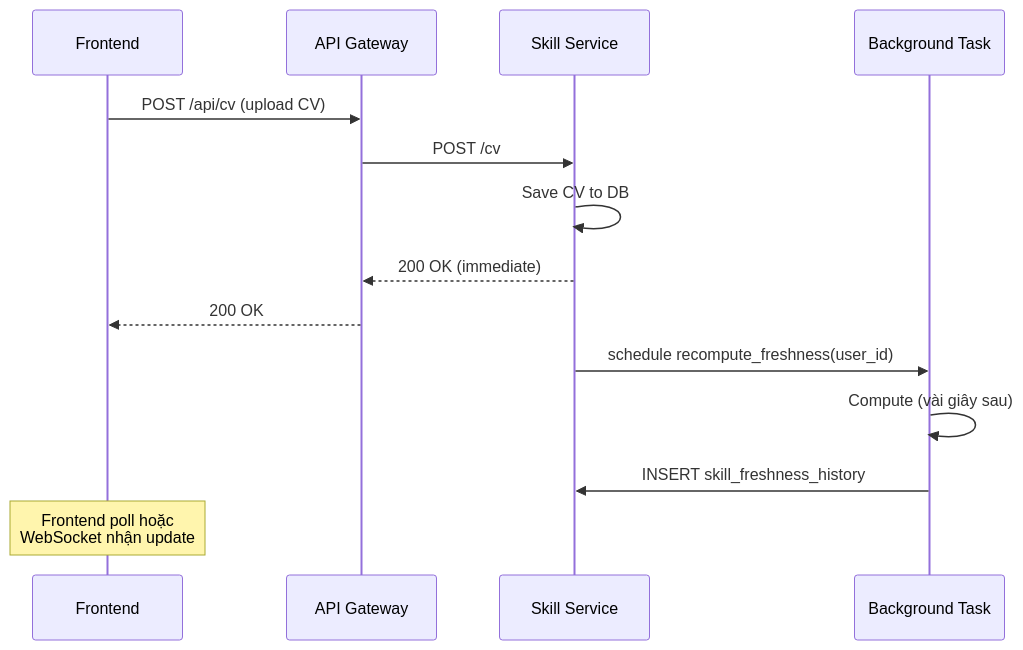
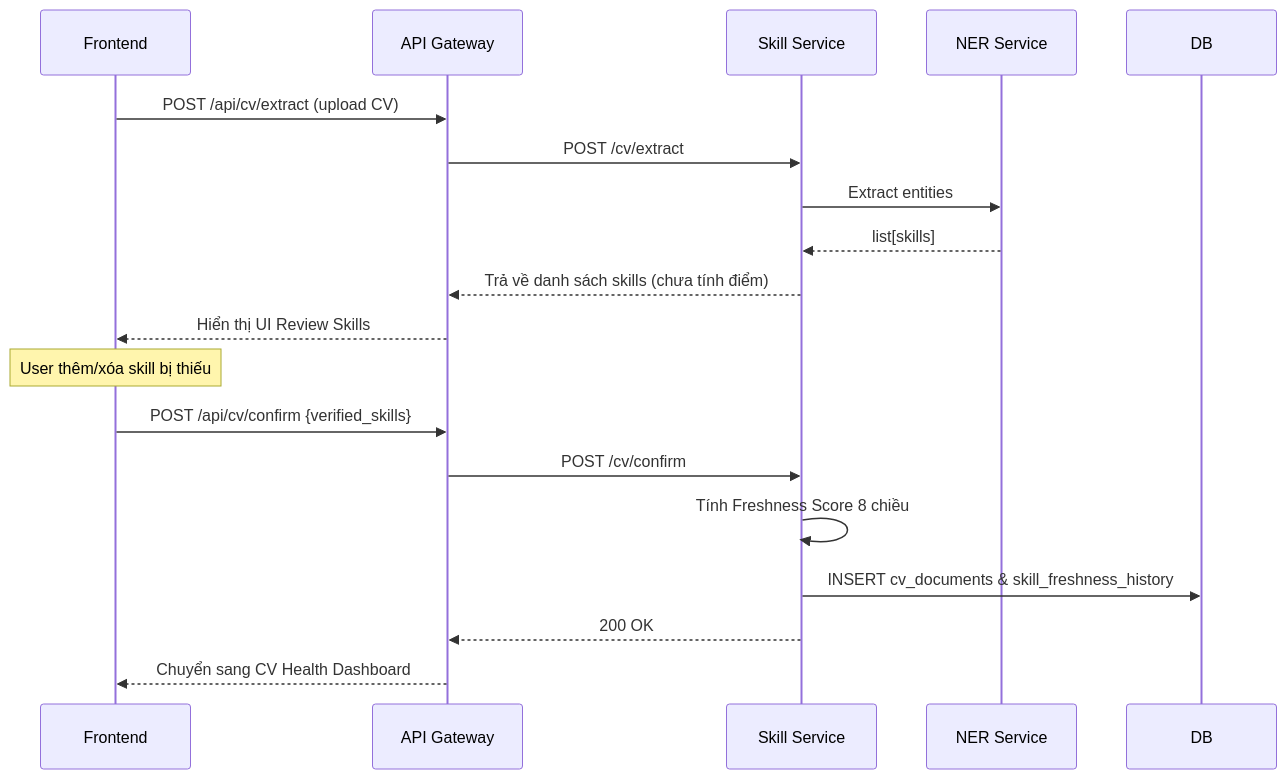
The third of 5 diagrams in thesis_report/chuong3/3.6_thiet_ke_kien_truc.md (dungken/cv-assistant), drawn with Mermaid before and after one commit. The commit also changed other lines of this file and 12 other files, not shown here.

Commit message:
feat: implement navigation-based CV upload flow and add What-if simulation endpoint for skill freshness analysis

````diff
--- a/thesis_report/chuong3/3.6_thiet_ke_kien_truc.md
+++ b/thesis_report/chuong3/3.6_thiet_ke_kien_truc.md
@@ -226,17 +226,23 @@
 ```mermaid
 sequenceDiagram
     participant FE as Frontend
     participant GW as API Gateway
     participant SK as Skill Service
-    participant BG as Background Task
+    participant NER as NER Service
 
-    FE->>GW: POST /api/cv (upload CV)
-    GW->>SK: POST /cv
-    SK->>SK: Save CV to DB
-    SK-->>GW: 200 OK (immediate)
-    GW-->>FE: 200 OK
-    SK->>BG: schedule recompute_freshness(user_id)
-    BG->>BG: Compute (vài giây sau)
-    BG->>SK: INSERT skill_freshness_history
-    Note over FE: Frontend poll hoặc<br/>WebSocket nhận update
+    FE->>GW: POST /api/cv/extract (upload CV)
+    GW->>SK: POST /cv/extract
+    SK->>NER: Extract entities
+    NER-->>SK: list[skills]
+    SK-->>GW: Trả về danh sách skills (chưa tính điểm)
+    GW-->>FE: Hiển thị UI Review Skills
+    
+    Note over FE: User thêm/xóa skill bị thiếu
+    
+    FE->>GW: POST /api/cv/confirm {verified_skills}
+    GW->>SK: POST /cv/confirm
+    SK->>SK: Tính Freshness Score 8 chiều
+    SK->>DB: INSERT cv_documents & skill_freshness_history
+    SK-->>GW: 200 OK
+    GW-->>FE: Chuyển sang CV Health Dashboard
 ```
````
